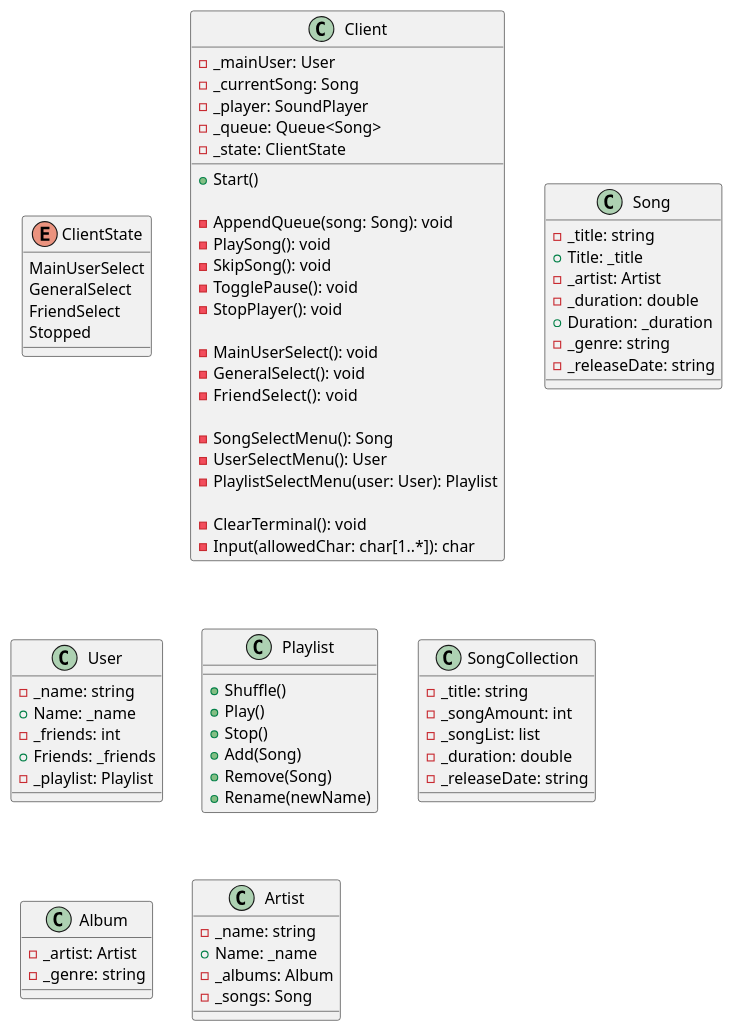
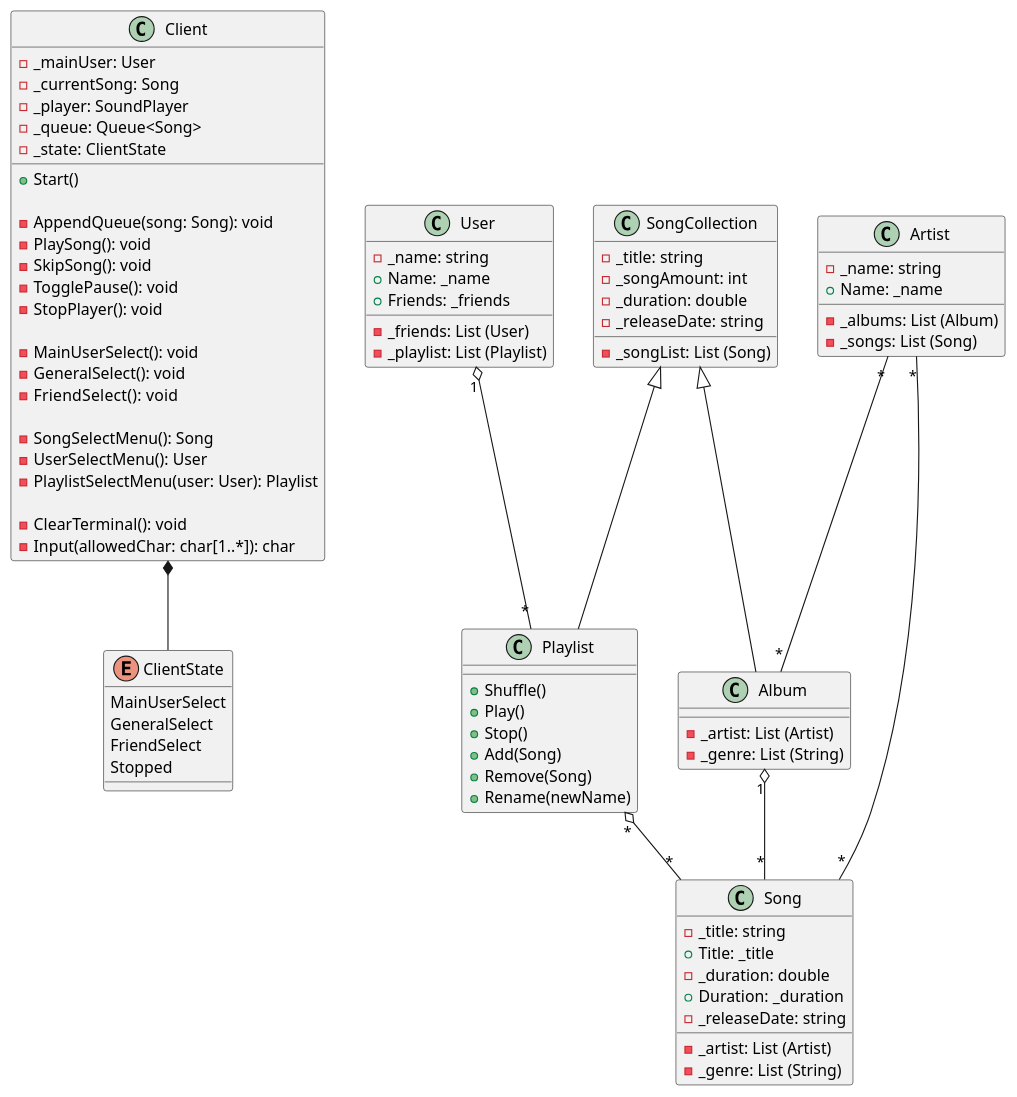
The diagram in class-diagram.puml (A-A-Tel/media-player), drawn with PlantUML before and after one commit.

Commit message:
Connecties gemaakt tussen de classes en variabele met meerdere waardes omgezet naar lists.

```diff
--- a/class-diagram.puml
+++ b/class-diagram.puml
@@ -1,88 +1,95 @@
 @startuml
 
 enum ClientState {
     MainUserSelect
     GeneralSelect
     FriendSelect
     Stopped
 }
 
 class Client {
     - _mainUser: User
     - _currentSong: Song
     - _player: SoundPlayer
     - _queue: Queue<Song>
     - _state: ClientState
     
     + Start()
     
     ' commands
     - AppendQueue(song: Song): void
     - PlaySong(): void
     - SkipSong(): void
     - TogglePause(): void
     - StopPlayer(): void
     
     ' state
     - MainUserSelect(): void
     - GeneralSelect(): void
     - FriendSelect():  void
     
     ' menus
     - SongSelectMenu(): Song
     - UserSelectMenu(): User
     - PlaylistSelectMenu(user: User): Playlist
     
     ' helpers
     - ClearTerminal(): void
     - Input(allowedChar: char[1..*]): char
 }
 
 class Song {
     - _title: string
     + Title: _title
-    - _artist: Artist
+    - _artist: List (Artist)
     - _duration: double
     + Duration: _duration
-    - _genre: string
+    - _genre: List (String)
     - _releaseDate: string
 }
 
 class User {
     - _name: string
     + Name: _name
-    - _friends: int
+    - _friends: List (User)
     + Friends: _friends
-    - _playlist: Playlist
+    - _playlist: List (Playlist)
 }
 
 class Playlist {
     + Shuffle()
     + Play()
     + Stop()
     + Add(Song)
     + Remove(Song)
     + Rename(newName)
 }
 
 class SongCollection {
     - _title: string
     - _songAmount: int
-    - _songList: list
+    - _songList: List (Song)
     - _duration: double
     - _releaseDate: string
 }
 
 class Album {
-    - _artist: Artist
-    - _genre: string
+    - _artist: List (Artist)
+    - _genre: List (String)
 }
 
 class Artist {
     - _name: string
     + Name: _name
-    - _albums: Album
-    - _songs: Song
+    - _albums: List (Album)
+    - _songs: List (Song)
 }
-
+Artist "*" -- "*" Album
+Artist "*" -- "*" Song
+SongCollection <|-- Album
+SongCollection <|-- Playlist
+Album "1" o-- "*" Song
+Playlist "*" o-- "*" Song
+User "1" o-- "*" Playlist
+Client *-- ClientState
 @enduml
```
